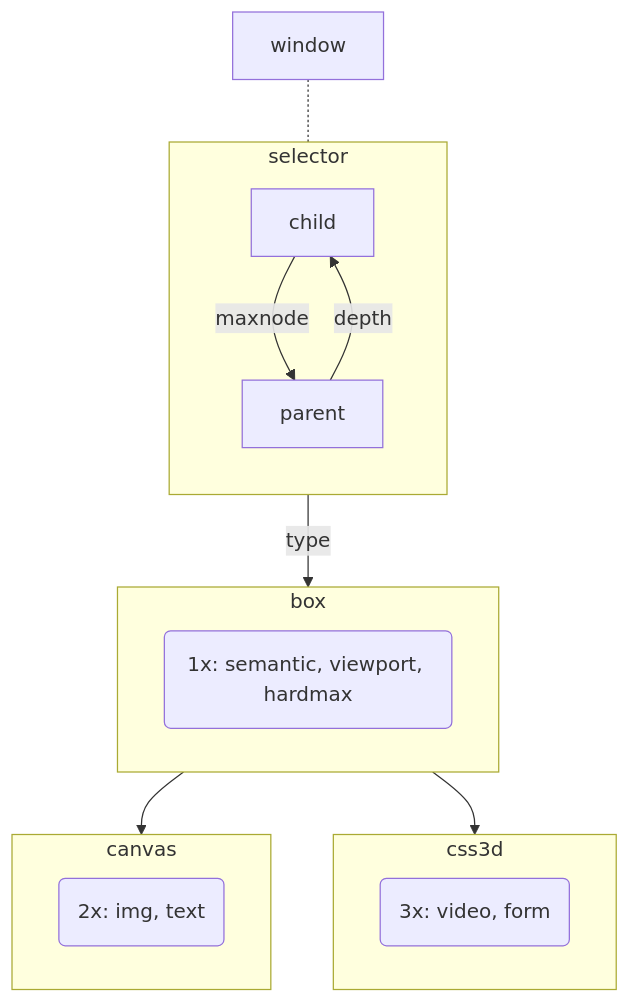
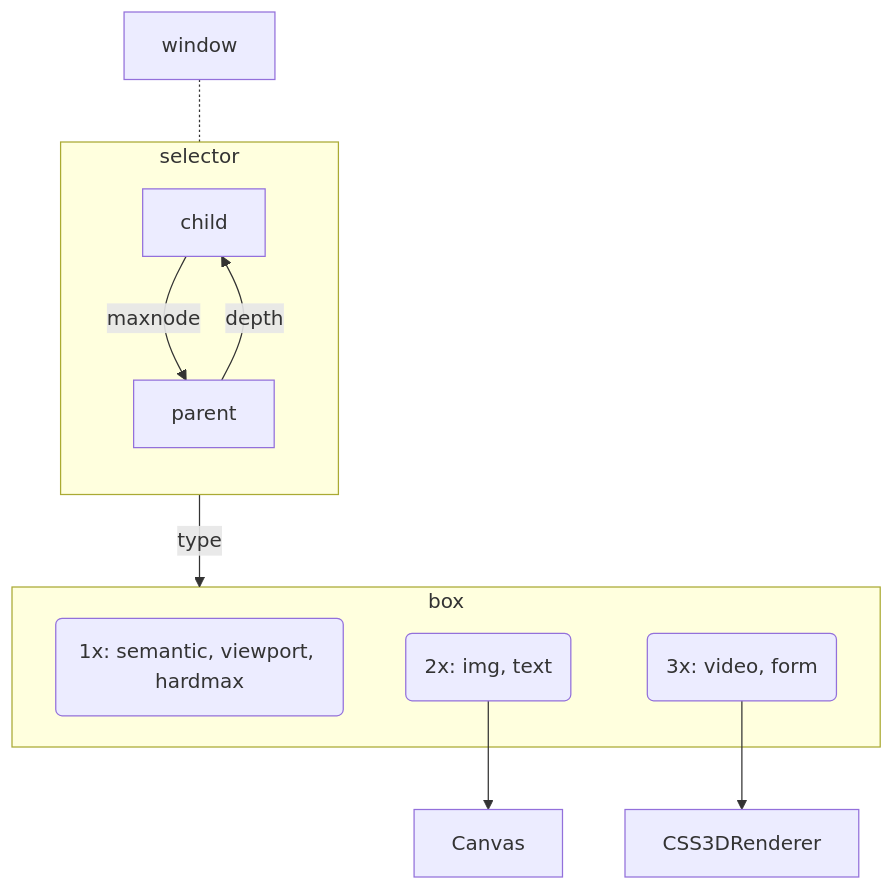
Before and after one commit to KurtPachinger/mpos-precept: the diagram in README.md, drawn with Mermaid.

````diff
--- a/README.md
+++ b/README.md
@@ -5,34 +5,36 @@
 ```mermaid
 flowchart TB;
 
 
 
 
+
+  
+
+
 subgraph box
   b("1x: semantic, viewport, hardmax")
+  canvas("2x: img, text")
+  css3d("3x: video, form")
 end
 
-subgraph canvas
-  c("2x: img, text")
-end
 
-subgraph css3d
-  s("3x: video, form")
-end
+
+
 
 window -.- selector
 subgraph selector
  direction TB
  child--maxnode-->parent
  parent--depth-->child
 
 
 end
 selector--type-->box
 
+canvas-->Canvas
+css3d-->CSS3DRenderer
 
 
-box-->canvas
-box-->css3d
 
 ```
````
